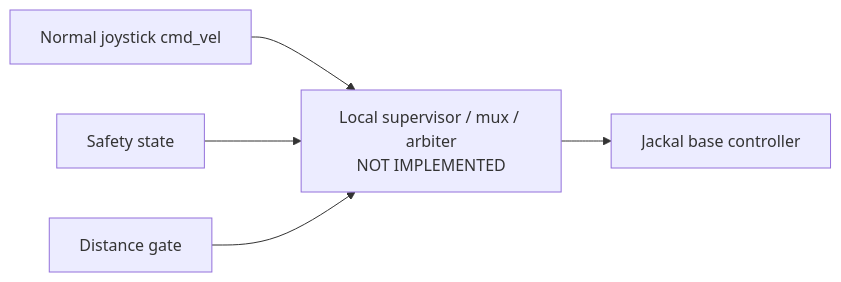
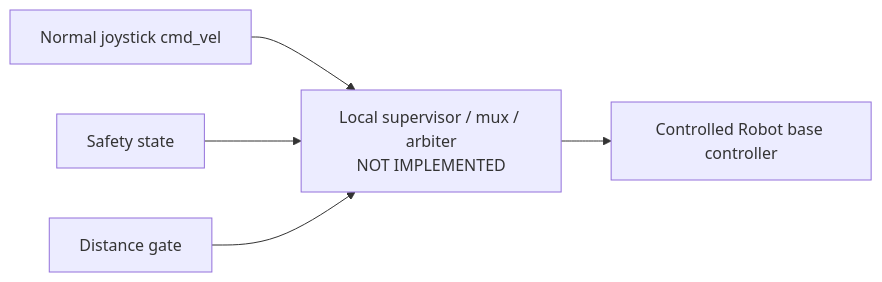
Before and after one commit to kirolossedra/RIS-Robotics: diagram 14 of 21 in system/architecture.md, drawn with Mermaid. The commit also changed other lines of this file and 7 other files, not shown here.

````diff
--- a/system/architecture.md
+++ b/system/architecture.md
@@ -402,13 +417,13 @@
 ```mermaid
 flowchart LR
     JOY[Normal joystick cmd_vel]
     SAFE[Safety state]
     DIST[Distance gate]
     ARB[Local supervisor / mux / arbiter<br/>NOT IMPLEMENTED]
-    BASE[Jackal base controller]
+    BASE[Controlled Robot base controller]
 
     JOY --> ARB
     SAFE --> ARB
     DIST --> ARB
     ARB --> BASE
 ```
````
